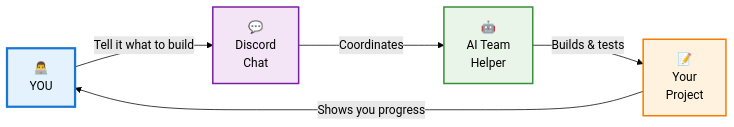
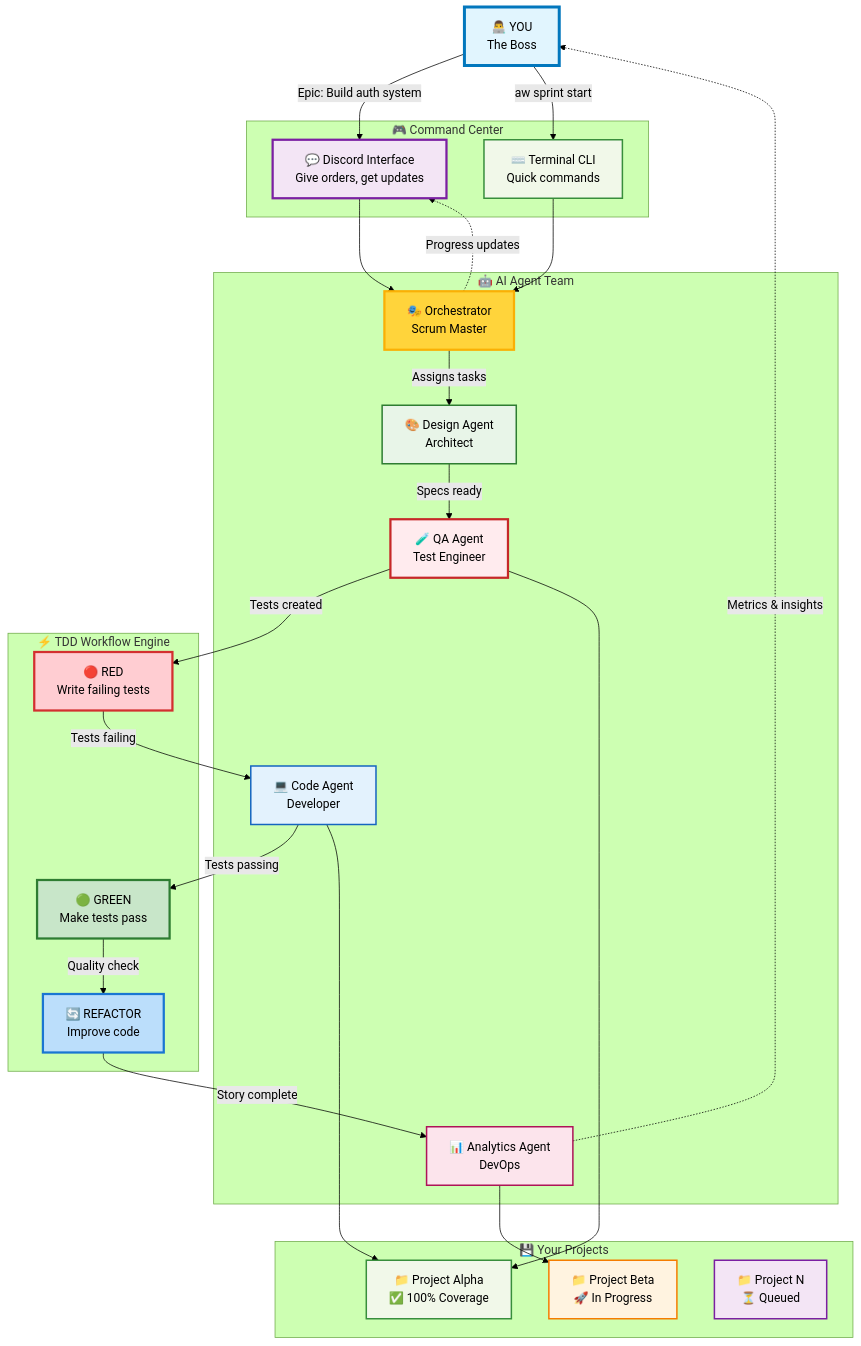
Before and after one commit to jmontp/agent-workflow: the first of 4 diagrams in docs_src/index.md, drawn with Mermaid (forest theme). The commit also changed other lines of this file and 41 other files, not shown here.

````diff
--- a/docs_src/index.md
+++ b/docs_src/index.md
@@ -14,17 +139,65 @@
 ```mermaid
-flowchart LR
-    You["👨‍💻<br/>YOU"] 
-    Chat["💬<br/>Discord<br/>Chat"]
-    AI["🤖<br/>AI Team<br/>Helper"]
-    Code["📝<br/>Your<br/>Project"]
+flowchart TD
+    You["👨‍💻 YOU<br/>The Boss"]
     
-    You -->|"Tell it what to build"| Chat
-    Chat -->|"Coordinates"| AI
-    AI -->|"Builds & tests"| Code
-    Code -->|"Shows you progress"| You
+    subgraph "🎮 Command Center"
+        Discord["💬 Discord Interface<br/>Give orders, get updates"]
+        Terminal["⌨️ Terminal CLI<br/>Quick commands"]
+    end
     
-    style You fill:#e3f2fd,stroke:#1976d2,stroke-width:3px
-    style Chat fill:#f3e5f5,stroke:#7b1fa2,stroke-width:2px
-    style AI fill:#e8f5e8,stroke:#388e3c,stroke-width:2px
-    style Code fill:#fff3e0,stroke:#f57c00,stroke-width:2px
+    subgraph "🤖 AI Agent Team"
+        Orch["🎭 Orchestrator<br/>Scrum Master"]
+        Design["🎨 Design Agent<br/>Architect"]
+        QA["🧪 QA Agent<br/>Test Engineer"]
+        Code["💻 Code Agent<br/>Developer"]
+        Data["📊 Analytics Agent<br/>DevOps"]
+    end
+    
+    subgraph "⚡ TDD Workflow Engine"
+        Red["🔴 RED<br/>Write failing tests"]
+        Green["🟢 GREEN<br/>Make tests pass"]
+        Refactor["🔄 REFACTOR<br/>Improve code"]
+    end
+    
+    subgraph "💾 Your Projects"
+        Repo1["📁 Project Alpha<br/>✅ 100% Coverage"]
+        Repo2["📁 Project Beta<br/>🚀 In Progress"]
+        RepoN["📁 Project N<br/>⏳ Queued"]
+    end
+    
+    You -->|"Epic: Build auth system"| Discord
+    You -->|"aw sprint start"| Terminal
+    
+    Discord --> Orch
+    Terminal --> Orch
+    
+    Orch -->|"Assigns tasks"| Design
+    Design -->|"Specs ready"| QA
+    QA -->|"Tests created"| Red
+    Red -->|"Tests failing"| Code
+    Code -->|"Tests passing"| Green
+    Green -->|"Quality check"| Refactor
+    Refactor -->|"Story complete"| Data
+    
+    Code --> Repo1
+    QA --> Repo1
+    Data --> Repo2
+    
+    Orch -.->|"Progress updates"| Discord
+    Data -.->|"Metrics & insights"| You
+    
+    style You fill:#e1f5fe,stroke:#0277bd,stroke-width:4px,color:#000
+    style Discord fill:#f3e5f5,stroke:#7b1fa2,stroke-width:3px
+    style Terminal fill:#f1f8e9,stroke:#388e3c,stroke-width:2px
+    style Orch fill:#ffd43b,stroke:#fab005,stroke-width:3px
+    style Design fill:#e8f5e8,stroke:#2e7d32,stroke-width:2px
+    style QA fill:#ffebee,stroke:#c62828,stroke-width:3px
+    style Code fill:#e3f2fd,stroke:#1565c0,stroke-width:2px
+    style Data fill:#fce4ec,stroke:#ad1457,stroke-width:2px
+    style Red fill:#ffcdd2,stroke:#d32f2f,stroke-width:3px
+    style Green fill:#c8e6c9,stroke:#2e7d32,stroke-width:3px
+    style Refactor fill:#bbdefb,stroke:#1976d2,stroke-width:3px
+    style Repo1 fill:#f1f8e9,stroke:#388e3c,stroke-width:2px
+    style Repo2 fill:#fff3e0,stroke:#f57c00,stroke-width:2px
+    style RepoN fill:#f3e5f5,stroke:#7b1fa2,stroke-width:2px
 ```
````
